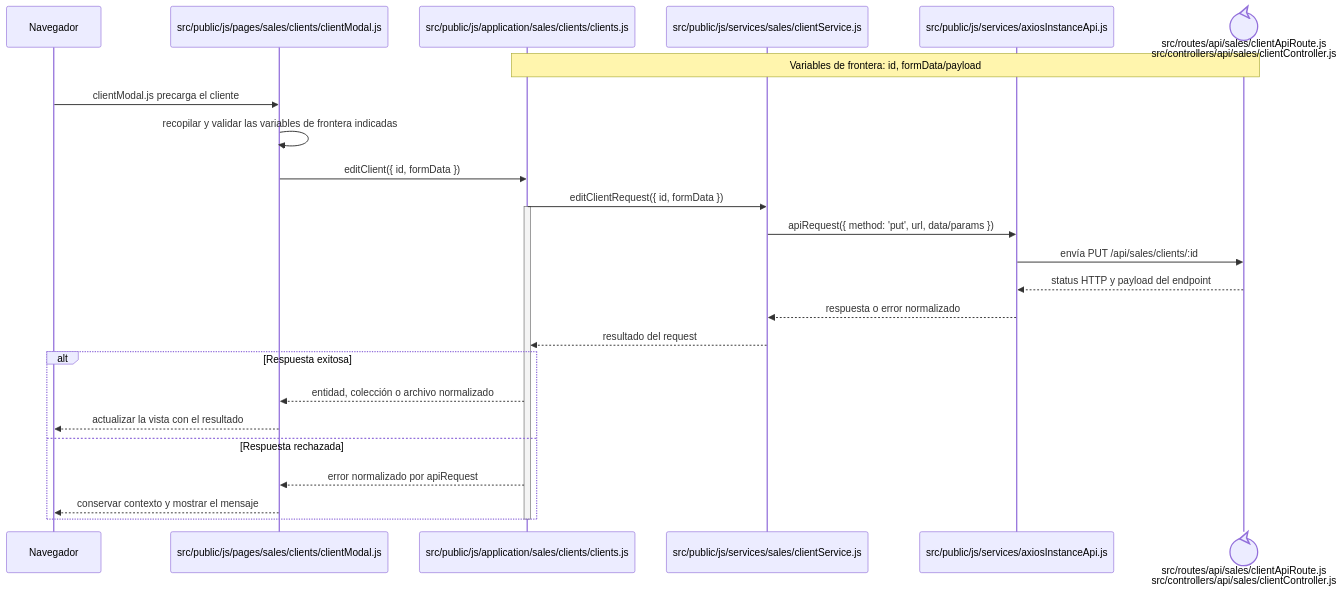
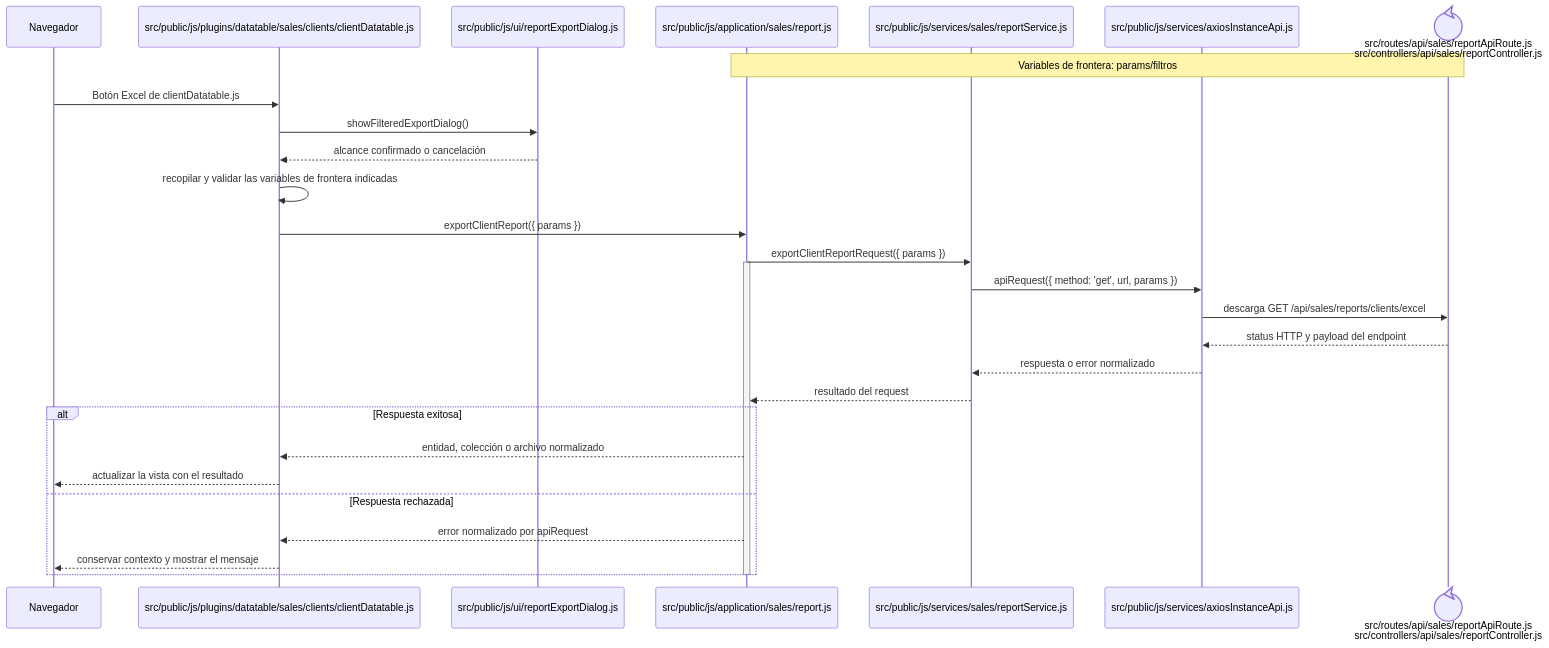
The diagram in docs/architecture/frontend-code-sequences/catalogs/cu-cat-17.md (gpgsistemas01/nexus), drawn with Mermaid before and after one commit. The commit also changed other lines of this file and 207 other files, not shown here.

````diff
--- a/docs/architecture/frontend-code-sequences/catalogs/cu-cat-17.md
+++ b/docs/architecture/frontend-code-sequences/catalogs/cu-cat-17.md
@@ -6,29 +6,32 @@
 ```mermaid
 sequenceDiagram
     participant Browser as Navegador
-    participant View as src/public/js/pages/sales/clients/clientModal.js
-    participant Application as src/public/js/application/sales/clients/clients.js
-    participant Request as src/public/js/services/sales/clientService.js
+    participant View as src/public/js/plugins/datatable/sales/clients/clientDatatable.js
+    participant Dialog as src/public/js/ui/reportExportDialog.js
+    participant Application as src/public/js/application/sales/report.js
+    participant Request as src/public/js/services/sales/reportService.js
     participant HTTP as src/public/js/services/axiosInstanceApi.js
-    participant Transport@{ "type": "control" } as src/routes/api/sales/clientApiRoute.js<br/>src/controllers/api/sales/clientController.js
-    Note over Application,Transport: Variables de frontera: id, formData/payload
+    participant Transport@{ "type": "control" } as src/routes/api/sales/reportApiRoute.js<br/>src/controllers/api/sales/reportController.js
+    Note over Application,Transport: Variables de frontera: params/filtros
 
-    Browser->>View: clientModal.js precarga el cliente
+    Browser->>View: Botón Excel de clientDatatable.js
+    View->>Dialog: showFilteredExportDialog()
+    Dialog-->>View: alcance confirmado o cancelación
     View->>View: recopilar y validar las variables de frontera indicadas
-    View->>Application: editClient({ id, formData })
-    Application->>Request: editClientRequest({ id, formData })
+    View->>Application: exportClientReport({ params })
+    Application->>Request: exportClientReportRequest({ params })
     activate Application
-    Request->>HTTP: apiRequest({ method: 'put', url, data/params })
-    HTTP->>Transport: envía PUT /api/sales/clients/:id
+    Request->>HTTP: apiRequest({ method: 'get', url, params })
+    HTTP->>Transport: descarga GET /api/sales/reports/clients/excel
     Transport-->>HTTP: status HTTP y payload del endpoint
     HTTP-->>Request: respuesta o error normalizado
     Request-->>Application: resultado del request
     alt Respuesta exitosa
         Application-->>View: entidad, colección o archivo normalizado
         View-->>Browser: actualizar la vista con el resultado
     else Respuesta rechazada
         Application-->>View: error normalizado por apiRequest
         View-->>Browser: conservar contexto y mostrar el mensaje
     end
     deactivate Application
 ```
````
